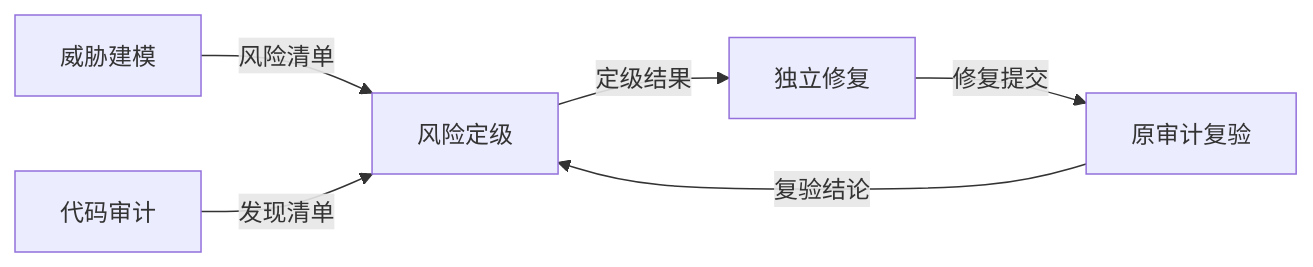
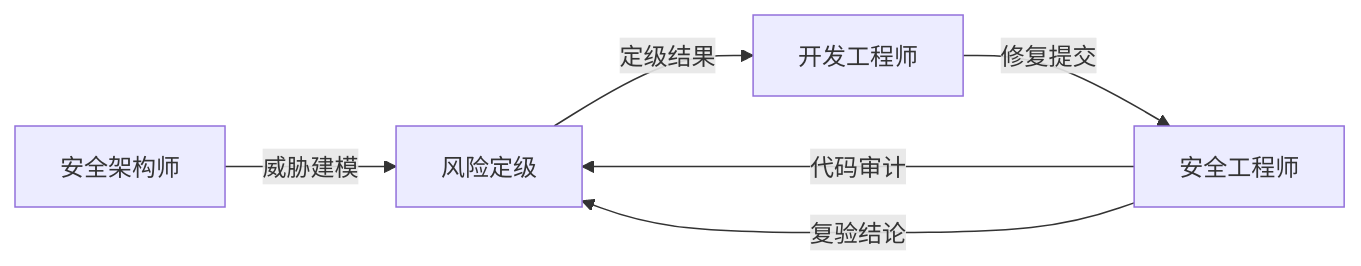
Before and after one commit to icylight/pi-tavern: the fourth of 6 diagrams in README.md, drawn with Mermaid. The commit also changed other lines of this file and 1 other file, not shown here.

Commit message:
docs(readme): 团队示例角色职位化——5 列表拆「角色（谁参与）/协作流程（谁做什么）」+ Mermaid 节点改具体职位（产品经理/事故负责人/SRE/安全架构师/分诊员等，中英一致，User 指示）

````diff
--- a/README.md
+++ b/README.md
@@ -91,8 +91,8 @@
 ```mermaid
 flowchart LR
-    TM["威胁建模"] -->|"风险清单"| LG["风险定级"]
-    CA["代码审计"] -->|"发现清单"| LG
-    LG -->|"定级结果"| FX["独立修复"]
-    FX -->|"修复提交"| RV["原审计复验"]
-    RV -->|"复验结论"| LG
+    SA["安全架构师"] -->|"威胁建模"| RT["风险定级"]
+    SE["安全工程师"] -->|"代码审计"| RT
+    RT -->|"定级结果"| DE["开发工程师"]
+    DE -->|"修复提交"| SE
+    SE -->|"复验结论"| RT
 ```
````
